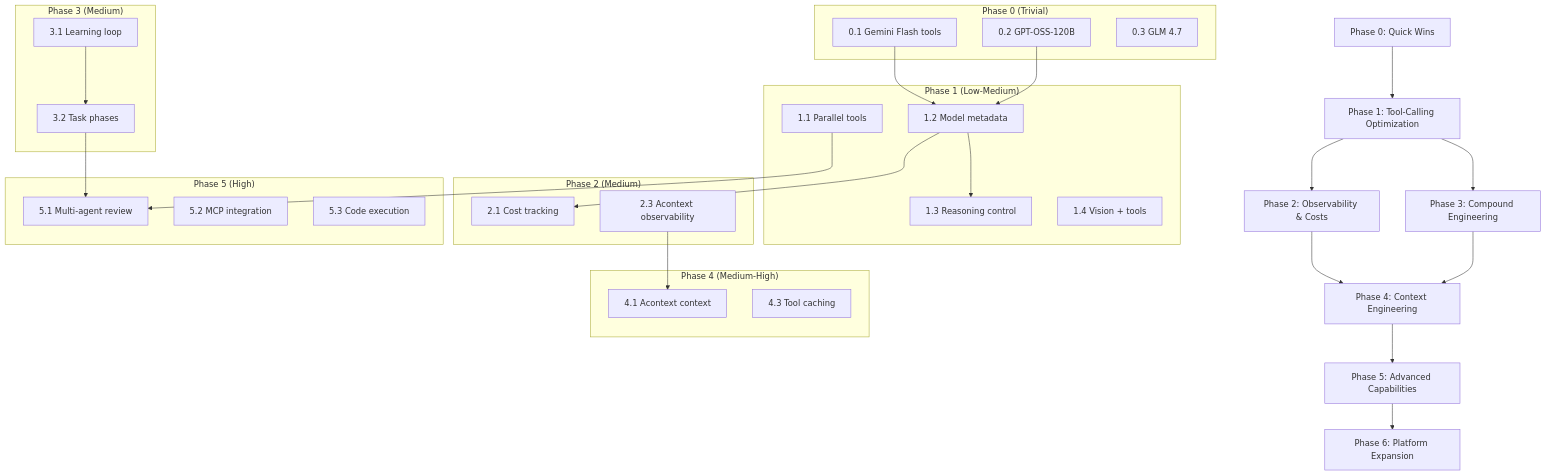
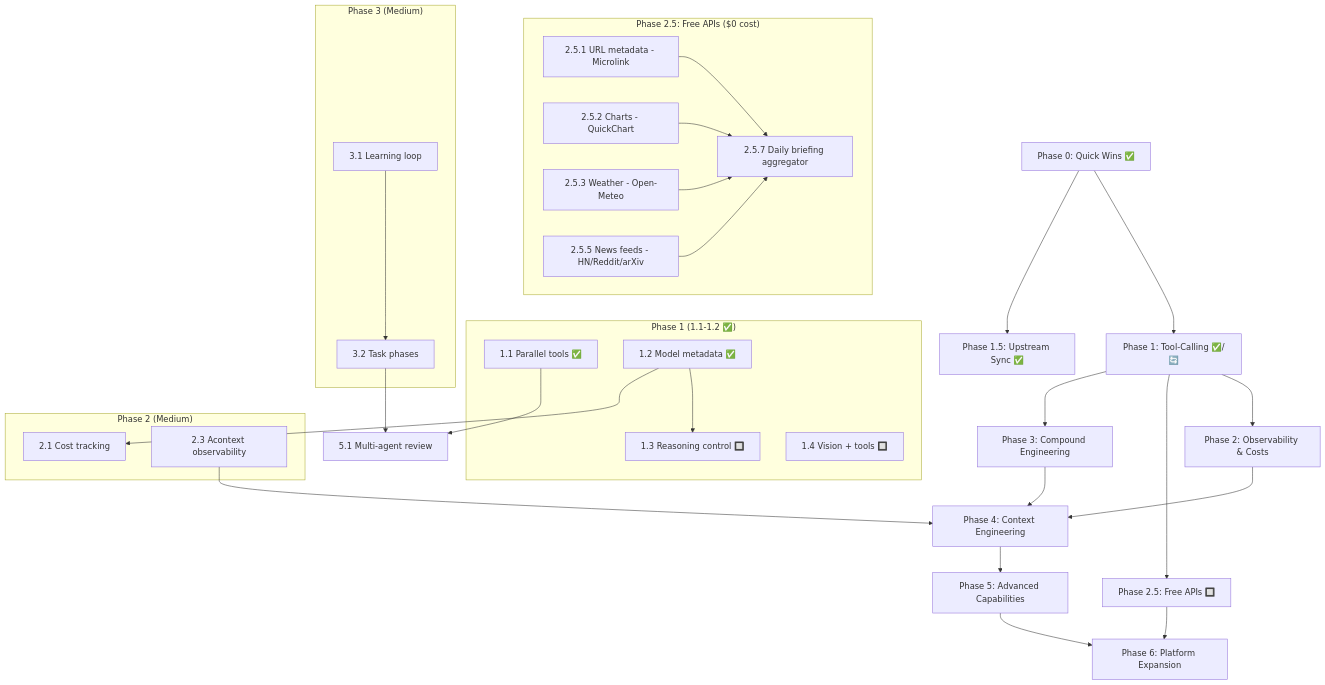
One commit to PetrAnto/moltworker changed the diagram in claude-share/core/GLOBAL_ROADMAP.md. Above: the diagram before and after it, drawn with Mermaid. The commit also changed other lines of this file and 4 other files, not shown here.

First line of the commit message:
docs: update all core docs with Phase 1 completion, upstream sync, and free API roadmap

````diff
--- a/claude-share/core/GLOBAL_ROADMAP.md
+++ b/claude-share/core/GLOBAL_ROADMAP.md
@@ -188,53 +229,49 @@
 ```mermaid
 graph TD
-    P0[Phase 0: Quick Wins] --> P1[Phase 1: Tool-Calling Optimization]
+    P0[Phase 0: Quick Wins ✅] --> P1[Phase 1: Tool-Calling ✅/🔄]
+    P0 --> P15[Phase 1.5: Upstream Sync ✅]
     P1 --> P2[Phase 2: Observability & Costs]
+    P1 --> P25[Phase 2.5: Free APIs 🔲]
     P1 --> P3[Phase 3: Compound Engineering]
     P2 --> P4[Phase 4: Context Engineering]
     P3 --> P4
     P4 --> P5[Phase 5: Advanced Capabilities]
     P5 --> P6[Phase 6: Platform Expansion]
+    P25 --> P6
 
-    subgraph "Phase 0 (Trivial)"
-        P0_1[0.1 Gemini Flash tools]
-        P0_2[0.2 GPT-OSS-120B]
-        P0_3[0.3 GLM 4.7]
+    subgraph "Phase 1 (1.1-1.2 ✅)"
+        P1_1[1.1 Parallel tools ✅]
+        P1_2[1.2 Model metadata ✅]
+        P1_3[1.3 Reasoning control 🔲]
+        P1_4[1.4 Vision + tools 🔲]
     end
 
-    subgraph "Phase 1 (Low-Medium)"
-        P1_1[1.1 Parallel tools]
-        P1_2[1.2 Model metadata]
-        P1_3[1.3 Reasoning control]
-        P1_4[1.4 Vision + tools]
+    subgraph "Phase 2.5: Free APIs ($0 cost)"
+        P25_1[2.5.1 URL metadata - Microlink]
+        P25_2[2.5.2 Charts - QuickChart]
+        P25_3[2.5.3 Weather - Open-Meteo]
+        P25_5[2.5.5 News feeds - HN/Reddit/arXiv]
+        P25_7[2.5.7 Daily briefing aggregator]
     end
 
     subgraph "Phase 2 (Medium)"
         P2_1[2.1 Cost tracking]
         P2_3[2.3 Acontext observability]
     end
 
     subgraph "Phase 3 (Medium)"
         P3_1[3.1 Learning loop]
         P3_2[3.2 Task phases]
     end
 
-    subgraph "Phase 4 (Medium-High)"
-        P4_1[4.1 Acontext context]
-        P4_3[4.3 Tool caching]
-    end
-
-    subgraph "Phase 5 (High)"
-        P5_1[5.1 Multi-agent review]
-        P5_2[5.2 MCP integration]
-        P5_3[5.3 Code execution]
-    end
-
-    P0_1 --> P1_2
-    P0_2 --> P1_2
-    P1_1 --> P5_1
+    P1_1 --> P5_1[5.1 Multi-agent review]
     P1_2 --> P1_3
     P1_2 --> P2_1
-    P2_3 --> P4_1
+    P25_1 --> P25_7
+    P25_2 --> P25_7
+    P25_3 --> P25_7
+    P25_5 --> P25_7
+    P2_3 --> P4
     P3_1 --> P3_2
     P3_2 --> P5_1
 ```
````
